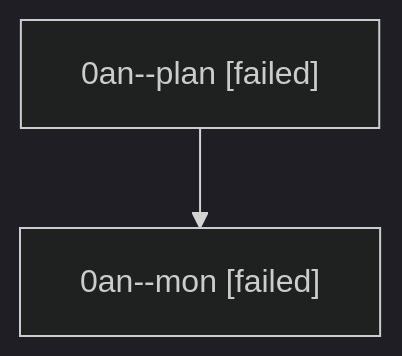
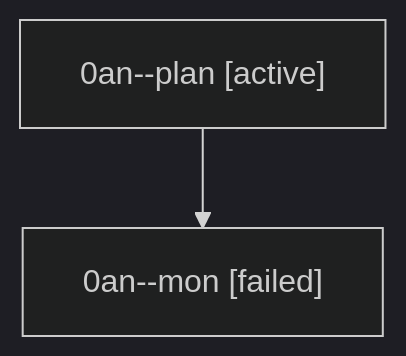
One commit to sase-org/sase--agents changed the diagram in families/bbugyi200.athena.0an.md. Above: the diagram before and after it, drawn with Mermaid (dark theme). The commit also changed other lines of this file and 35830 other files, not shown here.

````diff
--- a/families/bbugyi200.athena.0an.md
+++ b/families/bbugyi200.athena.0an.md
@@ -9,6 +9,6 @@
 ```mermaid
 flowchart TD
-  n0["0an--plan [failed]"]
+  n0["0an--plan [active]"]
   n1["0an--mon [failed]"]
   n0 --> n1
 ```
````
